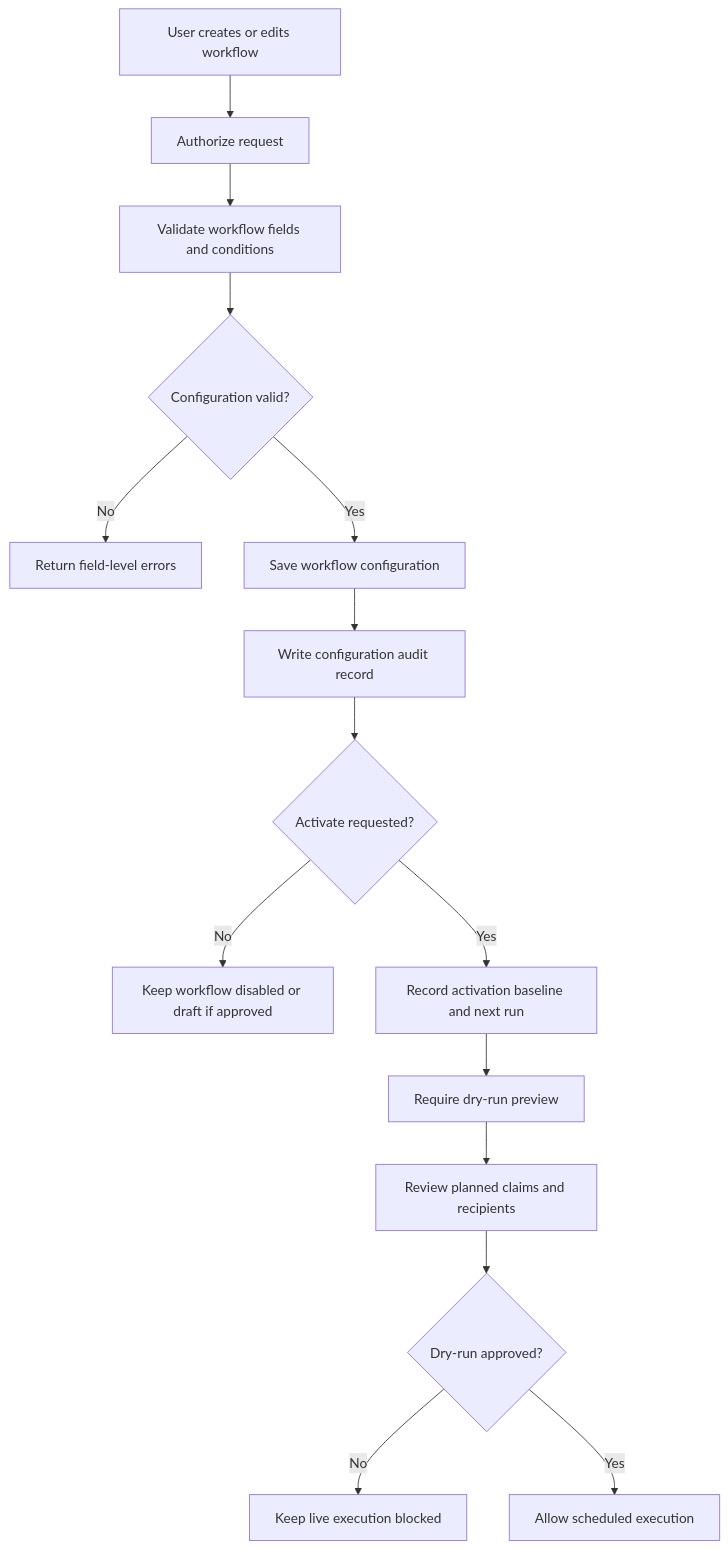
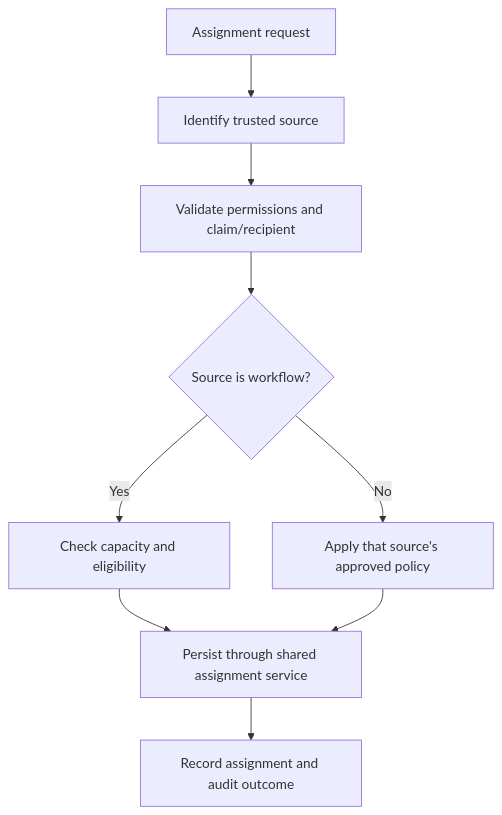
Before and after one commit to AhmedRamadan03/rcp: the second of 2 diagrams in doc/new-feat/workflow-configuration-flow-architecture.md, drawn with Mermaid. The commit also changed other lines of this file, not shown here.

Commit message:
docs: clarify workflow capacity policy and simplify architecture

````diff
--- a/doc/new-feat/workflow-configuration-flow-architecture.md
+++ b/doc/new-feat/workflow-configuration-flow-architecture.md
@@ -75,17 +54,11 @@
 ```mermaid
 flowchart TD
-    A[User creates or edits workflow] --> B[Authorize request]
-    B --> C[Validate workflow fields and conditions]
-    C --> D{Configuration valid?}
-    D -- No --> E[Return field-level errors]
-    D -- Yes --> F[Save workflow configuration]
-    F --> G[Write configuration audit record]
-    G --> H{Activate requested?}
-    H -- No --> I[Keep workflow disabled or draft if approved]
-    H -- Yes --> J[Record activation baseline and next run]
-    J --> K[Require dry-run preview]
-    K --> L[Review planned claims and recipients]
-    L --> M{Dry-run approved?}
-    M -- No --> N[Keep live execution blocked]
-    M -- Yes --> O[Allow scheduled execution]
+    A[Assignment request] --> B[Identify trusted source]
+    B --> C[Validate permissions and claim/recipient]
+    C --> D{Source is workflow?}
+    D -- Yes --> E[Check capacity and eligibility]
+    D -- No --> F[Apply that source's approved policy]
+    E --> G[Persist through shared assignment service]
+    F --> G
+    G --> H[Record assignment and audit outcome]
 ```
````
